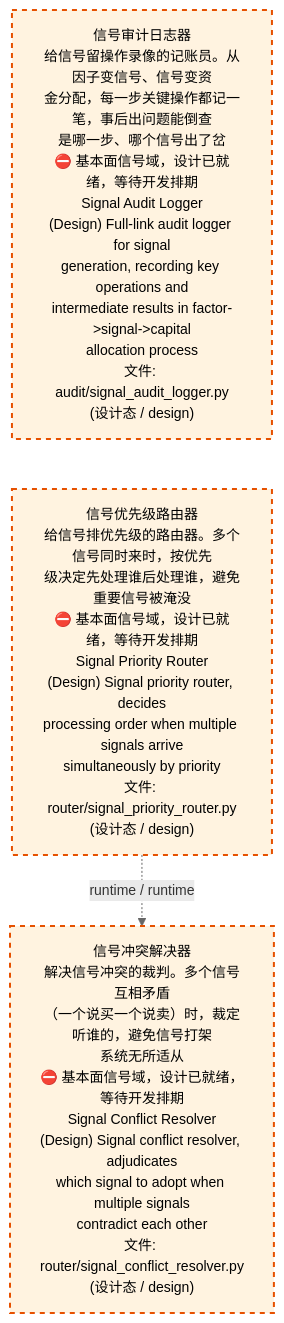
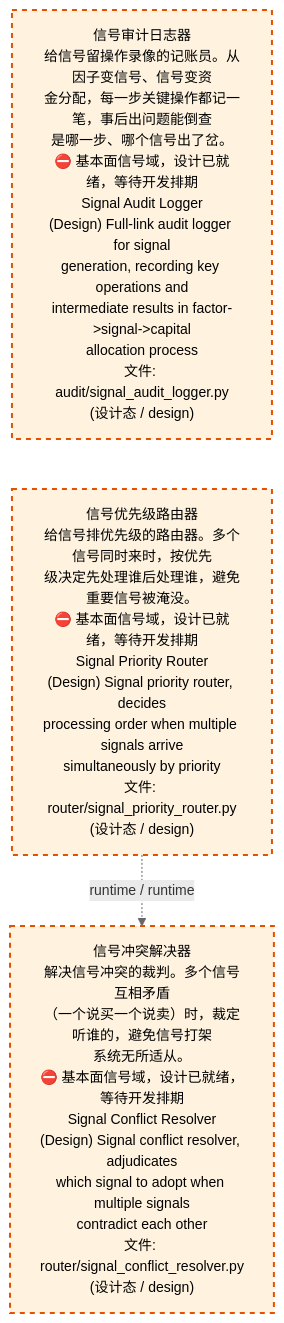
Before and after one commit to xuanFelixVan/ZephyrAlpha: the third of 4 diagrams in docs/02_enterprise_architecture/02_domain_architecture_docs/48_d_fundamental_signal.md, drawn with Mermaid. The commit also changed other lines of this file and 58 other files, not shown here.

````diff
--- a/docs/02_enterprise_architecture/02_domain_architecture_docs/48_d_fundamental_signal.md
+++ b/docs/02_enterprise_architecture/02_domain_architecture_docs/48_d_fundamental_signal.md
@@ -160,14 +160,14 @@
 ```mermaid
 %%{init: {'theme': 'base', 'themeVariables': {'primaryColor': '#eaeaea', 'primaryTextColor': '#333333', 'primaryBorderColor': '#666666', 'lineColor': '#666666', 'secondaryColor': '#eaeaea', 'tertiaryColor': '#eaeaea', 'fontSize': '14px'}}}%%
 flowchart TD
-    src_zephyr_signal_fundamental_audit_signal_audit_logger_py["信号审计日志器<br/>给信号留操作录像的记账员。从因子变信号、信号变资<br/>金分配，每一步关键操作都记一笔，事后出问题能倒查<br/>是哪一步、哪个信号出了岔<br/>⛔ 基本面信号域，设计已就绪，等待开发排期<br/>Signal Audit Logger<br/>(Design) Full-link audit logger for signal<br/>generation, recording key operations and<br/>intermediate results in factor->signal->capital<br/>allocation process<br/>文件: audit/signal_audit_logger.py<br/>(设计态 / design)"]
-    src_zephyr_signal_fundamental_router_signal_priority_router_py["信号优先级路由器<br/>给信号排优先级的路由器。多个信号同时来时，按优先<br/>级决定先处理谁后处理谁，避免重要信号被淹没<br/>⛔ 基本面信号域，设计已就绪，等待开发排期<br/>Signal Priority Router<br/>(Design) Signal priority router, decides<br/>processing order when multiple signals arrive<br/>simultaneously by priority<br/>文件: router/signal_priority_router.py<br/>(设计态 / design)"]
+    src_zephyr_signal_fundamental_audit_signal_audit_logger_py["信号审计日志器<br/>给信号留操作录像的记账员。从因子变信号、信号变资<br/>金分配，每一步关键操作都记一笔，事后出问题能倒查<br/>是哪一步、哪个信号出了岔。<br/>⛔ 基本面信号域，设计已就绪，等待开发排期<br/>Signal Audit Logger<br/>(Design) Full-link audit logger for signal<br/>generation, recording key operations and<br/>intermediate results in factor->signal->capital<br/>allocation process<br/>文件: audit/signal_audit_logger.py<br/>(设计态 / design)"]
+    src_zephyr_signal_fundamental_router_signal_priority_router_py["信号优先级路由器<br/>给信号排优先级的路由器。多个信号同时来时，按优先<br/>级决定先处理谁后处理谁，避免重要信号被淹没。<br/>⛔ 基本面信号域，设计已就绪，等待开发排期<br/>Signal Priority Router<br/>(Design) Signal priority router, decides<br/>processing order when multiple signals arrive<br/>simultaneously by priority<br/>文件: router/signal_priority_router.py<br/>(设计态 / design)"]
     src_zephyr_signal_fundamental_audit_signal_audit_logger_py ~~~ src_zephyr_signal_fundamental_router_signal_priority_router_py
-    src_zephyr_signal_fundamental_router_signal_conflict_resolver_py["信号冲突解决器<br/>解决信号冲突的裁判。多个信号互相矛盾<br/>（一个说买一个说卖）时，裁定听谁的，避免信号打架<br/>系统无所适从<br/>⛔ 基本面信号域，设计已就绪，等待开发排期<br/>Signal Conflict Resolver<br/>(Design) Signal conflict resolver, adjudicates<br/>which signal to adopt when multiple signals<br/>contradict each other<br/>文件: router/signal_conflict_resolver.py<br/>(设计态 / design)"]
+    src_zephyr_signal_fundamental_router_signal_conflict_resolver_py["信号冲突解决器<br/>解决信号冲突的裁判。多个信号互相矛盾<br/>（一个说买一个说卖）时，裁定听谁的，避免信号打架<br/>系统无所适从。<br/>⛔ 基本面信号域，设计已就绪，等待开发排期<br/>Signal Conflict Resolver<br/>(Design) Signal conflict resolver, adjudicates<br/>which signal to adopt when multiple signals<br/>contradict each other<br/>文件: router/signal_conflict_resolver.py<br/>(设计态 / design)"]
     src_zephyr_signal_fundamental_router_signal_priority_router_py -.->|runtime / runtime| src_zephyr_signal_fundamental_router_signal_conflict_resolver_py
     classDef production fill:#e1f5fe,stroke:#01579b,stroke-width:2px,color:#000
     classDef design fill:#fff3e0,stroke:#e65100,stroke-width:2px,color:#000,stroke-dasharray: 5 5
     classDef external_prod fill:#e8f4fd,stroke:#0277bd,stroke-width:1px,color:#000
     classDef external_design fill:#fff8e7,stroke:#ef6c00,stroke-width:1px,color:#000,stroke-dasharray: 5 5
     class src_zephyr_signal_fundamental_audit_signal_audit_logger_py,src_zephyr_signal_fundamental_router_signal_conflict_resolver_py,src_zephyr_signal_fundamental_router_signal_priority_router_py design
 ```
````
